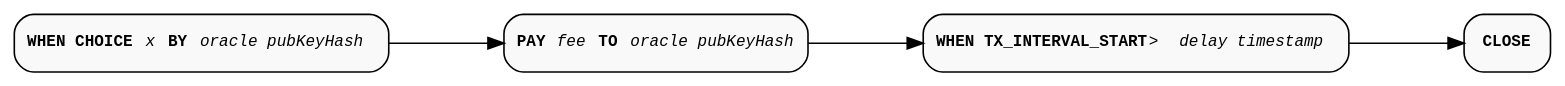
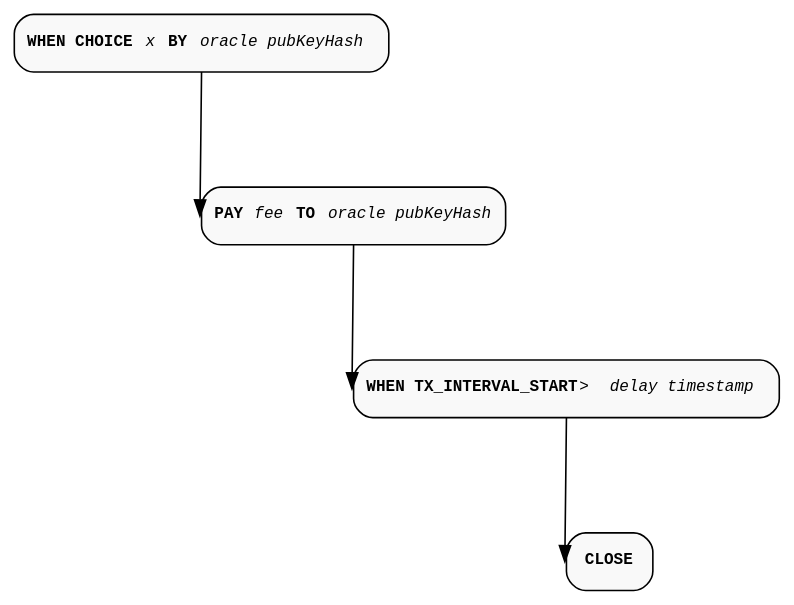
The diagram in diagrams/marlowe-request-delay.dot (marlowe-lang/marlowe-oracle-protocol), drawn with Graphviz before and after one commit. The commit also changed 11 other files, not shown here.

Commit message:
Reorient the graphs

```diff
--- a/diagrams/marlowe-request-delay.dot
+++ b/diagrams/marlowe-request-delay.dot
@@ -1,22 +1,22 @@
 digraph MarloweRequestDelay {
-  rankdir=LR;
+  rankdir=TD;
   graph [pad="0.02", nodesep="0.6", ranksep="1", splines="line"];
   node [shape=rect, style="filled, rounded", fillcolor="#f9f9f9", fontname="Courier New", fontsize="10"];
-  edge [tailport="e", headport="w", color="#aaa", fontname="Courier New", fontsize="10"];
+  edge [tailport="s", headport="w", color="#aaa", fontname="Courier New", fontsize="10"];
 
 
   OracleChoiceStep [label=<<b>WHEN CHOICE</b> <i>x</i> <b>BY</b> <i>oracle pubKeyHash</i> > color="#aaa" ];
 
   PayStep [label=<<b>PAY </b><i>fee</i> <b>TO</b> <i>oracle pubKeyHash</i>> color="#aaa" ];
 
   OracleChoiceStep -> PayStep;
 
   DelayStep [label=<<b>WHEN TX_INTERVAL_START</b> &gt; <i>delay timestamp</i> > color="#aaa" ];
 
   PayStep -> DelayStep;
 
   CloseStep [label=<<b>CLOSE</b>> color="#aaa" ];
 
   DelayStep -> CloseStep;
 
 }
```
